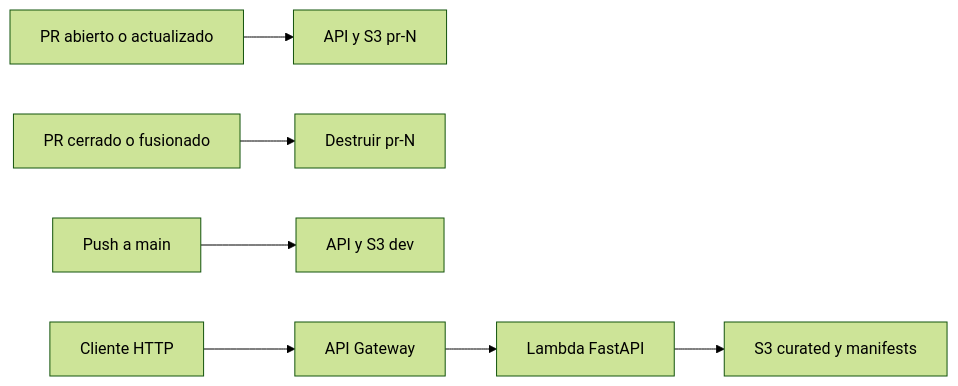
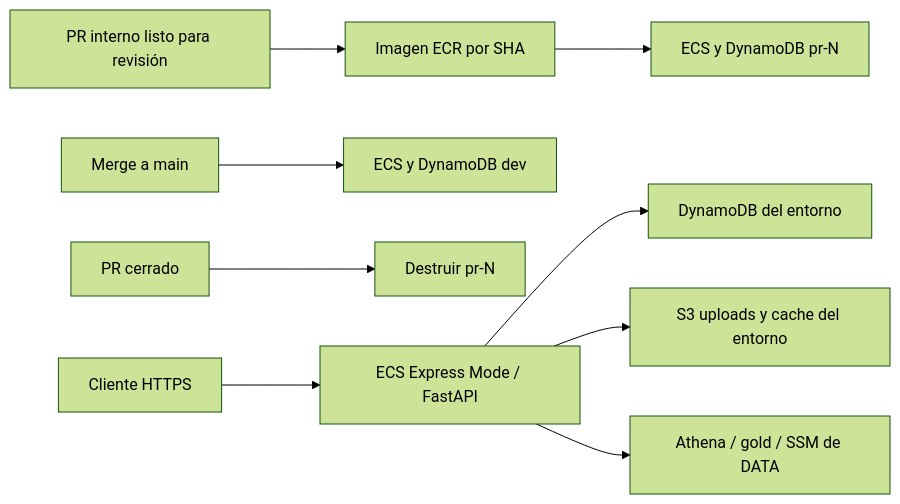
Before and after one commit to magdiel-gvdz/nasa-farm-back: the diagram in README.md, drawn with Mermaid (forest theme). The commit also changed other lines of this file and 43 other files, not shown here.

First line of the commit message:
feat: preparar plataforma ECS para los cambios OpenSpec A1–A6 (#7)

````diff
--- a/README.md
+++ b/README.md
@@ -18,9 +11,11 @@
 ```mermaid
 flowchart LR
-  PR[PR abierto o actualizado] --> Preview[API y S3 pr-N]
-  Close[PR cerrado o fusionado] --> Destroy[Destruir pr-N]
-  Main[Push a main] --> Dev[API y S3 dev]
-  HTTP[Cliente HTTP] --> Gateway[API Gateway]
-  Gateway --> Lambda[Lambda FastAPI]
-  Lambda --> Lake[S3 curated y manifests]
+  PR[PR interno listo para revisión] --> Build[Imagen ECR por SHA]
+  Build --> Preview[ECS y DynamoDB pr-N]
+  Merge[Merge a main] --> Dev[ECS y DynamoDB dev]
+  Close[PR cerrado] --> Destroy[Destruir pr-N]
+  Client[Cliente HTTPS] --> ECS[ECS Express Mode / FastAPI]
+  ECS --> Table[DynamoDB del entorno]
+  ECS --> Bucket[S3 uploads y cache del entorno]
+  ECS --> DATA[Athena / gold / SSM de DATA]
 ```
````
